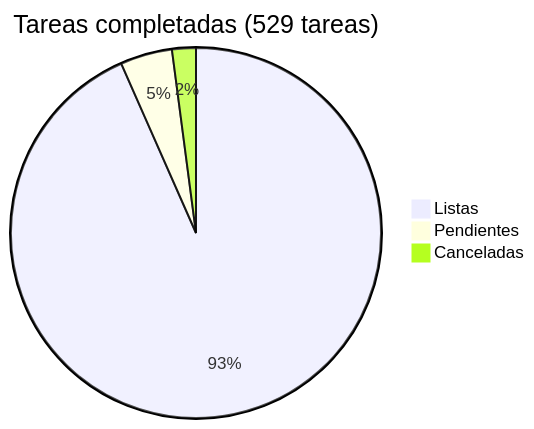
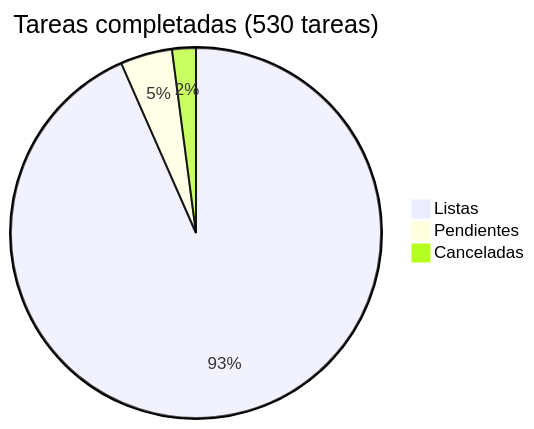
The diagram in docs/roadmap/README.md (araguaney-org/araguaney), drawn with Mermaid before and after one commit. The commit also changed other lines of this file and 6 other files, not shown here.

````diff
--- a/docs/roadmap/README.md
+++ b/docs/roadmap/README.md
@@ -5,6 +5,6 @@
 ```mermaid
-pie title Tareas completadas (529 tareas)
-    "Listas" : 494
+pie title Tareas completadas (530 tareas)
+    "Listas" : 495
     "Pendientes" : 24
     "Canceladas" : 11
 ```
````
